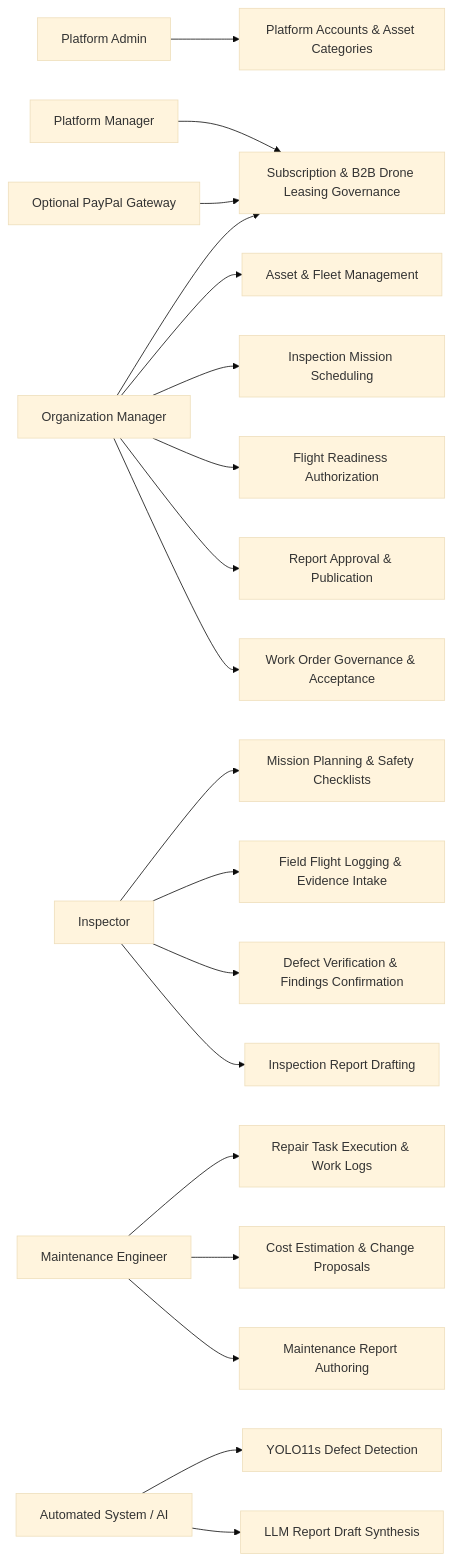
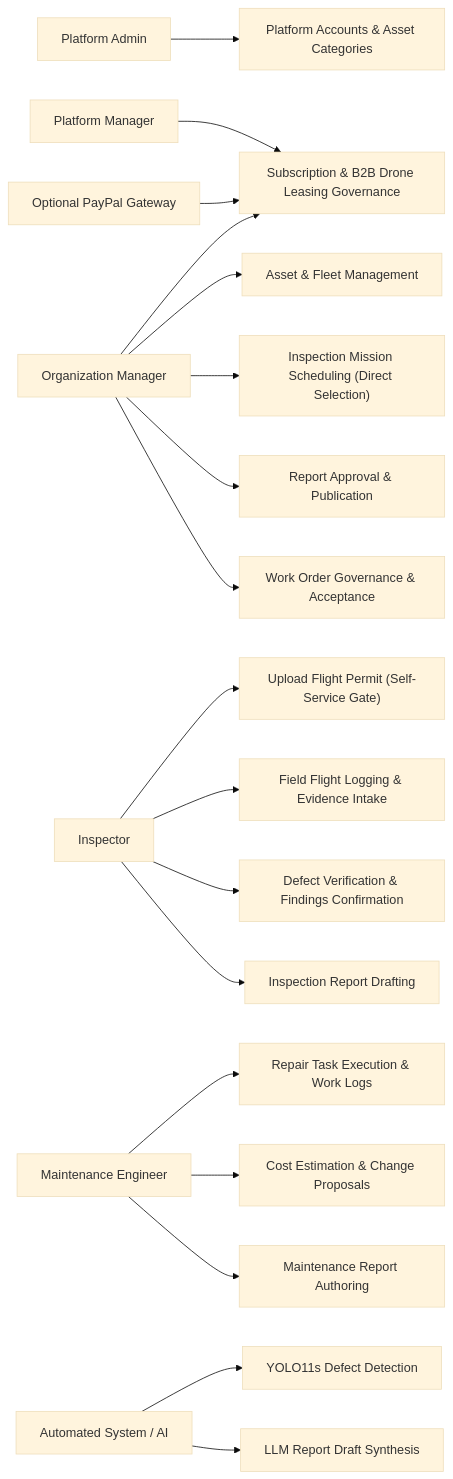
One commit to tungbach12/SmartDroneInspection-Docs changed the diagram in reports/report-3-software-requirement-specification/02-user-requirements.md. Above: the diagram before and after it, drawn with Mermaid (base theme). The commit also changed other lines of this file and 8 other files, not shown here.

Commit message:
docs(database,srs,sdd): update MF1-MF2 specifications to streamlined 30-table architecture

````diff
--- a/reports/report-3-software-requirement-specification/02-user-requirements.md
+++ b/reports/report-3-software-requirement-specification/02-user-requirements.md
@@ -28,24 +28,23 @@
 ```mermaid
 flowchart LR
   PA["Platform Admin"] --> UC_GOV["Platform Accounts & Asset Categories"]
   PM["Platform Manager"] --> UC_SUB["Subscription & B2B Drone Leasing Governance"]
   PP["Optional PayPal Gateway"] --> UC_SUB
   OM["Organization Manager"] --> UC_SUB
   OM --> UC_ASSET["Asset & Fleet Management"]
-  OM --> UC_SCHED["Inspection Mission Scheduling"]
-  OM --> UC_AUTH["Flight Readiness Authorization"]
+  OM --> UC_SCHED["Inspection Mission Scheduling (Direct Selection)"]
   OM --> UC_REV["Report Approval & Publication"]
   OM --> UC_MAINT_GOV["Work Order Governance & Acceptance"]
 
-  IN["Inspector"] --> UC_PREP["Mission Planning & Safety Checklists"]
+  IN["Inspector"] --> UC_PERMIT["Upload Flight Permit (Self-Service Gate)"]
   IN --> UC_EXEC["Field Flight Logging & Evidence Intake"]
   IN --> UC_DEFECT["Defect Verification & Findings Confirmation"]
   IN --> UC_REP_AUTH["Inspection Report Drafting"]
 
   ME["Maintenance Engineer"] --> UC_TASK["Repair Task Execution & Work Logs"]
   ME --> UC_EST["Cost Estimation & Change Proposals"]
   ME --> UC_COMP_AUTH["Maintenance Report Authoring"]
 
   SYS["Automated System / AI"] --> UC_AI["YOLO11s Defect Detection"]
   SYS --> UC_LLM["LLM Report Draft Synthesis"]
 ```
````
